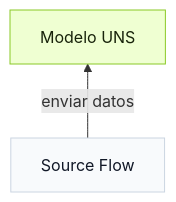
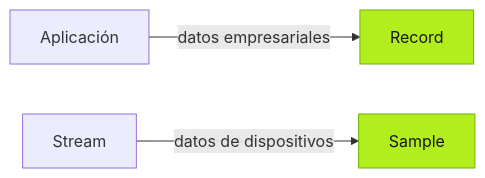
One commit to FREEZONEX/Tier0-docs-site changed the second of 3 diagrams in src/content/docs/es/using-tier0/preparing-data-foundation.mdx. Above: the diagram before and after it, drawn with Mermaid. The commit also changed other lines of this file and 98 other files, not shown here.

````diff
--- a/src/content/docs/es/using-tier0/preparing-data-foundation.mdx
+++ b/src/content/docs/es/using-tier0/preparing-data-foundation.mdx
@@ -13,12 +44,7 @@
 ```mermaid
-flowchart BT
-  uns["Modelo UNS"]
-  flow["Source Flow"]
-
-  flow -->|"enviar datos"| uns
-
-  classDef t0accent fill:#EFFFD2,stroke:#8AC926,stroke-width:1px,color:#18230B
-  classDef t0node fill:#F8FAFC,stroke:#CBD5E1,stroke-width:1px,color:#111827
-  class uns t0accent
-  class flow t0node
+flowchart LR
+  app["Aplicación"] -->|"datos empresariales"| record["Record"]
+  stream["Stream"] -->|"datos de dispositivos"| sample["Sample"]
+  classDef t0accent fill:#B2ED1D,stroke:#73B200,color:#171717
+  class record,sample t0accent
 ```
````
